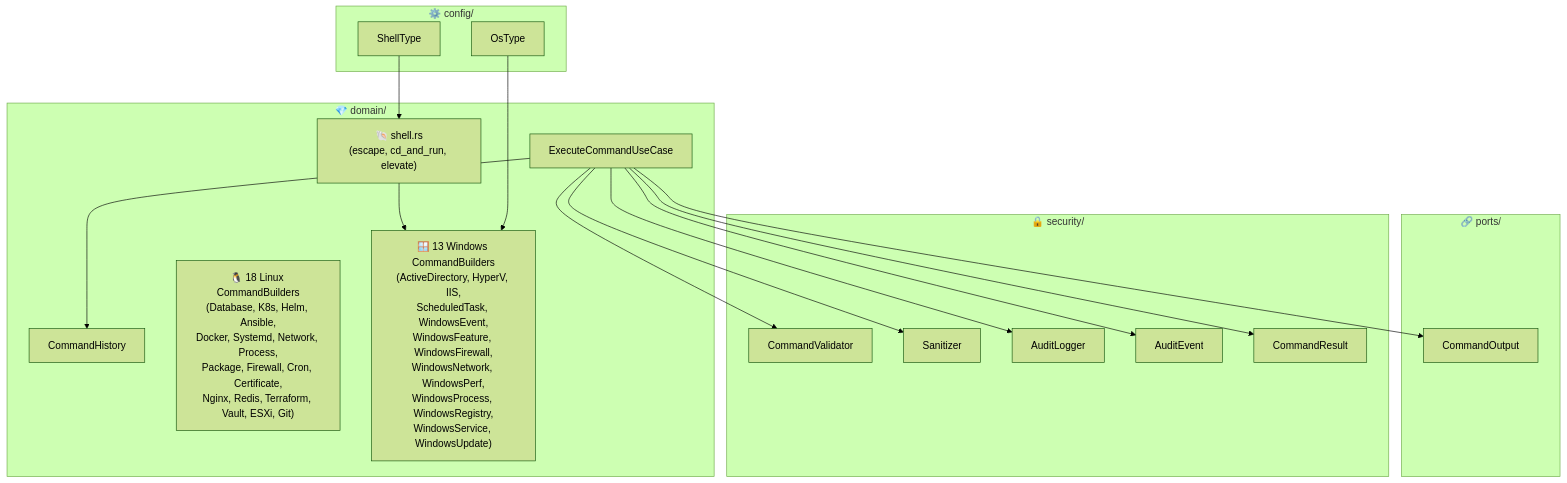
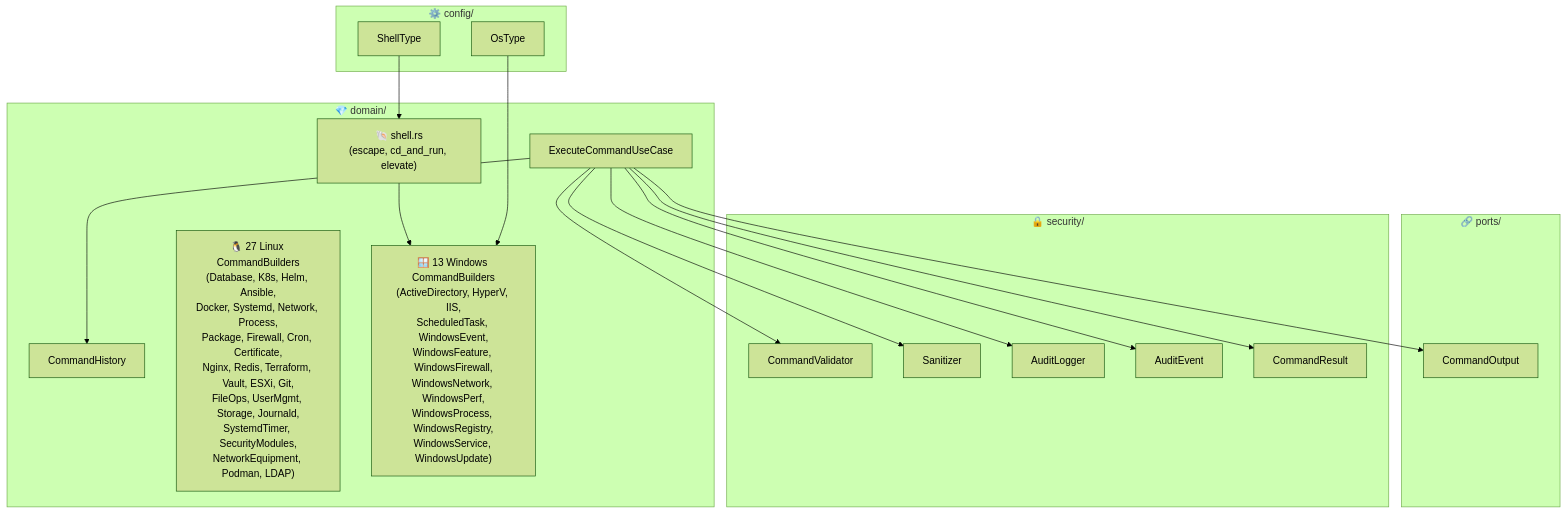
Before and after one commit to muchiny/mcp-ssh-bridge: the sixth of 6 diagrams in src/domain/README.md, drawn with Mermaid (forest theme). The commit also changed other lines of this file and 10 other files, not shown here.

````diff
--- a/src/domain/README.md
+++ b/src/domain/README.md
@@ -762,38 +771,38 @@
 ```mermaid
 graph TB
     subgraph Domain["💎 domain/"]
         UC["ExecuteCommandUseCase"]
         HIST["CommandHistory"]
         SHELL["🐚 shell.rs<br/>(escape, cd_and_run, elevate)"]
-        LINUX["🐧 18 Linux CommandBuilders<br/>(Database, K8s, Helm, Ansible,<br/>Docker, Systemd, Network, Process,<br/>Package, Firewall, Cron, Certificate,<br/>Nginx, Redis, Terraform, Vault, ESXi, Git)"]
+        LINUX["🐧 27 Linux CommandBuilders<br/>(Database, K8s, Helm, Ansible,<br/>Docker, Systemd, Network, Process,<br/>Package, Firewall, Cron, Certificate,<br/>Nginx, Redis, Terraform, Vault, ESXi, Git,<br/>FileOps, UserMgmt, Storage, Journald,<br/>SystemdTimer, SecurityModules,<br/>NetworkEquipment, Podman, LDAP)"]
         WINDOWS["🪟 13 Windows CommandBuilders<br/>(ActiveDirectory, HyperV, IIS,<br/>ScheduledTask, WindowsEvent,<br/>WindowsFeature, WindowsFirewall,<br/>WindowsNetwork, WindowsPerf,<br/>WindowsProcess, WindowsRegistry,<br/>WindowsService, WindowsUpdate)"]
     end
 
     subgraph Config["⚙️ config/"]
         OS["OsType"]
         ST["ShellType"]
     end
 
     subgraph Ports["🔗 ports/"]
         CO["CommandOutput"]
     end
 
     subgraph Security["🔒 security/"]
         VAL["CommandValidator"]
         SAN["Sanitizer"]
         AUD["AuditLogger"]
         AE["AuditEvent"]
         CR["CommandResult"]
     end
 
     UC --> CO
     UC --> VAL
     UC --> SAN
     UC --> AUD
     UC --> AE
     UC --> CR
     UC --> HIST
     ST --> SHELL
     SHELL --> WINDOWS
     OS --> WINDOWS
 ```
````
